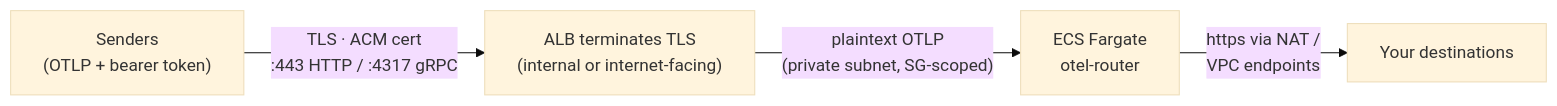
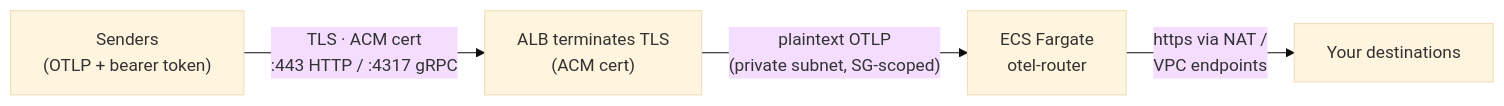
One commit to edmerrett/otel-router changed the first of 2 diagrams in terraform/README.md. Above: the diagram before and after it, drawn with Mermaid (base theme). The commit also changed other lines of this file and 5 other files, not shown here.

First line of the commit message:
Make the private-alb ALB internet-facing by default

````diff
--- a/terraform/README.md
+++ b/terraform/README.md
@@ -52,6 +50,6 @@
 ```mermaid
 flowchart LR
-    S["Senders<br/>(OTLP + bearer token)"] -- "TLS · ACM cert<br/>:443 HTTP / :4317 gRPC" --> A["ALB terminates TLS<br/>(internal or internet-facing)"]
+    S["Senders<br/>(OTLP + bearer token)"] -- "TLS · ACM cert<br/>:443 HTTP / :4317 gRPC" --> A["ALB terminates TLS<br/>(ACM cert)"]
     A -- "plaintext OTLP<br/>(private subnet, SG-scoped)" --> R["ECS Fargate<br/>otel-router"]
     R -- "https via NAT /<br/>VPC endpoints" --> D["Your destinations"]
 ```
````
